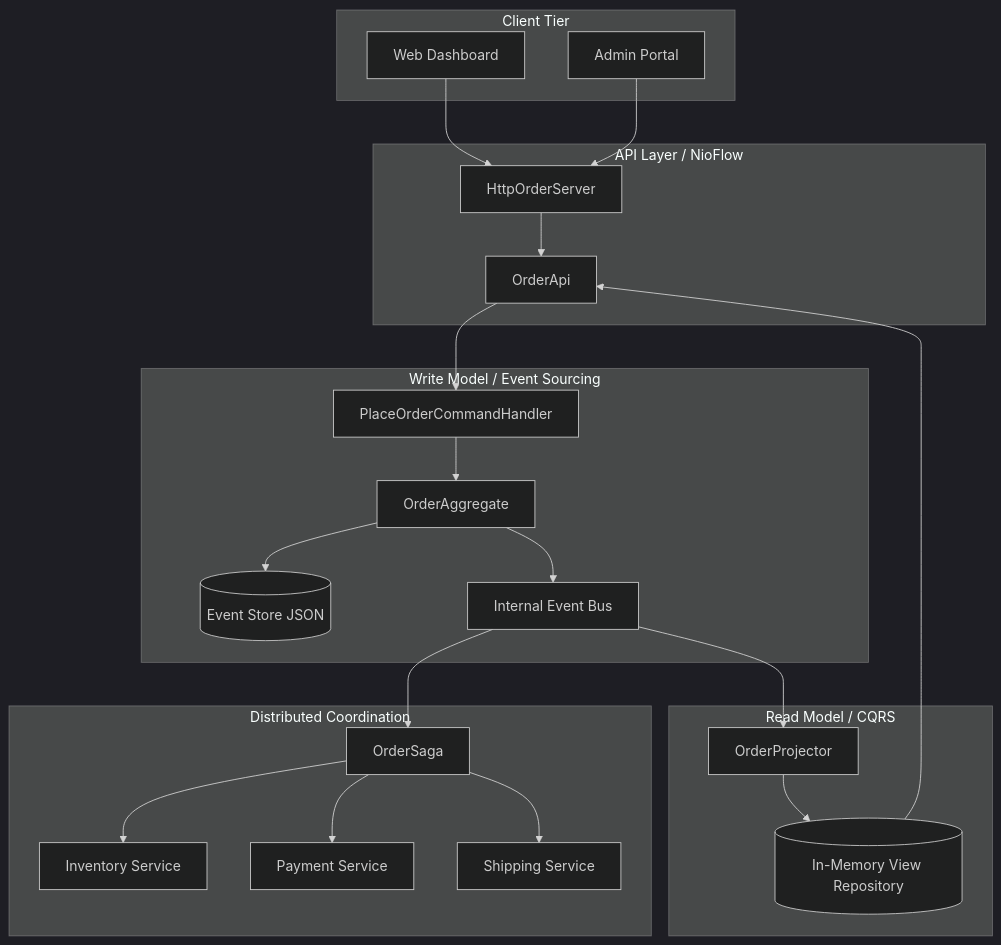
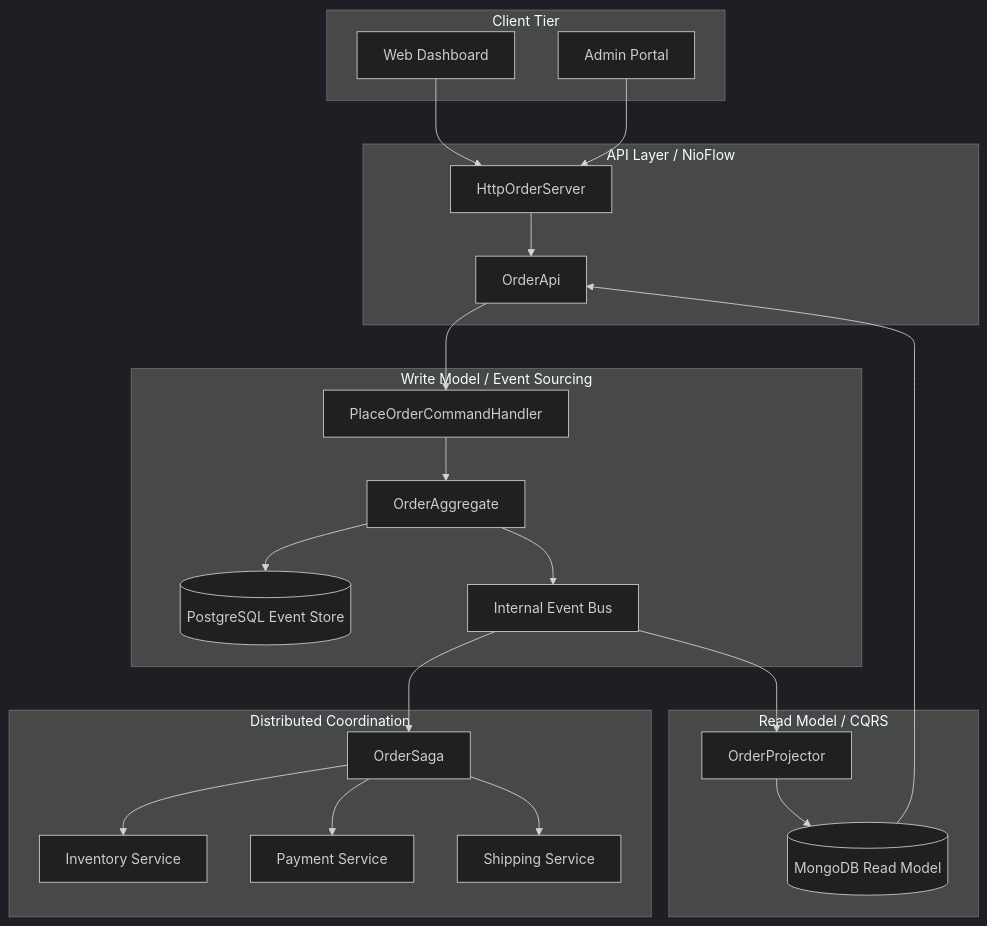
The first of 2 diagrams in README.md (jhanvi857/Evora), drawn with Mermaid (dark theme) before and after one commit. The commit also changed other lines of this file, not shown here.

Commit message:
docs : added polyglot persistence model in README

````diff
--- a/README.md
+++ b/README.md
@@ -9,46 +9,46 @@
 ```mermaid
 graph TD
     subgraph Client_Tier [Client Tier]
         UI[Web Dashboard]
         Admin[Admin Portal]
     end
 
     subgraph API_Layer [API Layer / NioFlow]
         Srv[HttpOrderServer]
         Bridge[OrderApi]
     end
 
     subgraph Command_Side [Write Model / Event Sourcing]
         Handler[PlaceOrderCommandHandler]
         Agg[OrderAggregate]
-        Store[(Event Store JSON)]
+        Store[(PostgreSQL Event Store)]
         Bus[Internal Event Bus]
     end
 
     subgraph Saga_Orchestrator [Distributed Coordination]
         Orch[OrderSaga]
         Inv[Inventory Service]
         Pay[Payment Service]
         Ship[Shipping Service]
     end
 
     subgraph Query_Side [Read Model / CQRS]
         Proj[OrderProjector]
-        Repo[(In-Memory View Repository)]
+        Repo[(MongoDB Read Model)]
     end
 
     UI --> Srv
     Admin --> Srv
     Srv --> Bridge
     Bridge --> Handler
     Handler --> Agg
     Agg --> Store
     Agg --> Bus
     Bus --> Orch
     Bus --> Proj
     Orch --> Inv
     Orch --> Pay
     Orch --> Ship
     Proj --> Repo
     Repo --> Bridge
 ```
````
